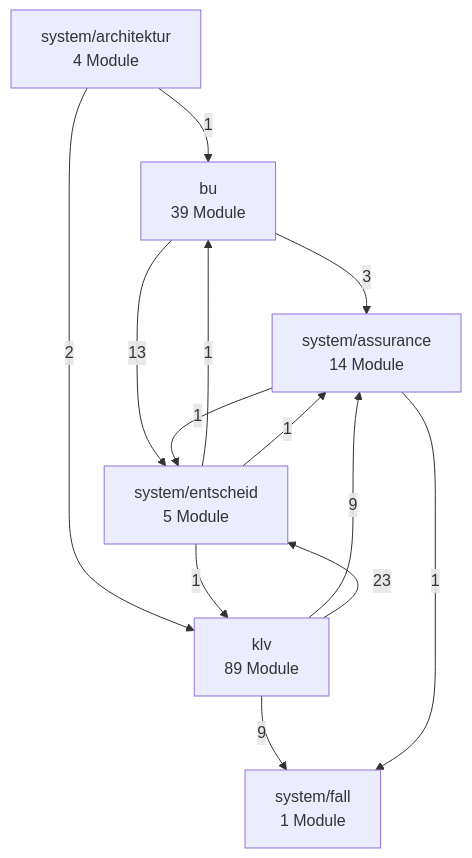
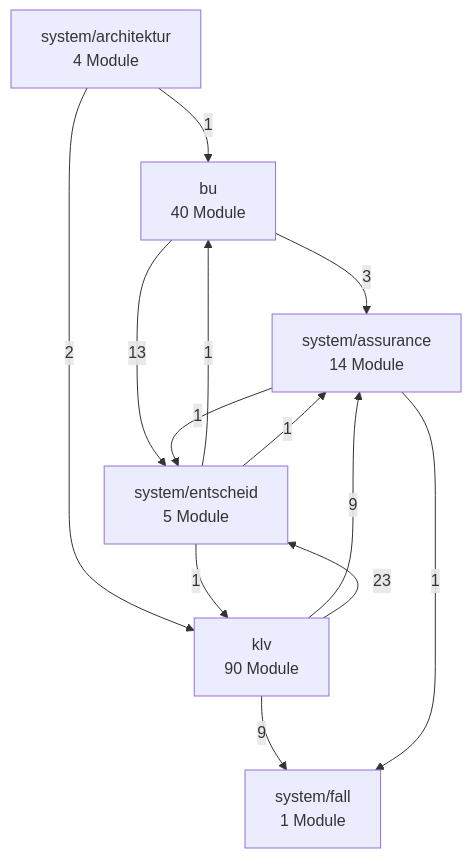
One commit to bartlmac/rechner-pipeline changed the second of 3 diagrams in docs/architektur/landkarte.md. Above: the diagram before and after it, drawn with Mermaid. The commit also changed other lines of this file and 49 other files, not shown here.

````diff
--- a/docs/architektur/landkarte.md
+++ b/docs/architektur/landkarte.md
@@ -78,22 +78,22 @@
 ```mermaid
 %% Fachknoten — erzeugt von ontologie.landkarte
 flowchart TD
-    bu["bu<br/>39 Module"]
-    klv["klv<br/>89 Module"]
+    bu["bu<br/>40 Module"]
+    klv["klv<br/>90 Module"]
     system_architektur["system/architektur<br/>4 Module"]
     system_assurance["system/assurance<br/>14 Module"]
     system_entscheid["system/entscheid<br/>5 Module"]
     system_fall["system/fall<br/>1 Module"]
     bu -- 3 --> system_assurance
     bu -- 13 --> system_entscheid
     klv -- 9 --> system_assurance
     klv -- 23 --> system_entscheid
     klv -- 9 --> system_fall
     system_architektur -- 1 --> bu
     system_architektur -- 2 --> klv
     system_assurance -- 1 --> system_entscheid
     system_assurance -- 1 --> system_fall
     system_entscheid -- 1 --> bu
     system_entscheid -- 1 --> klv
     system_entscheid -- 1 --> system_assurance
 ```
````
